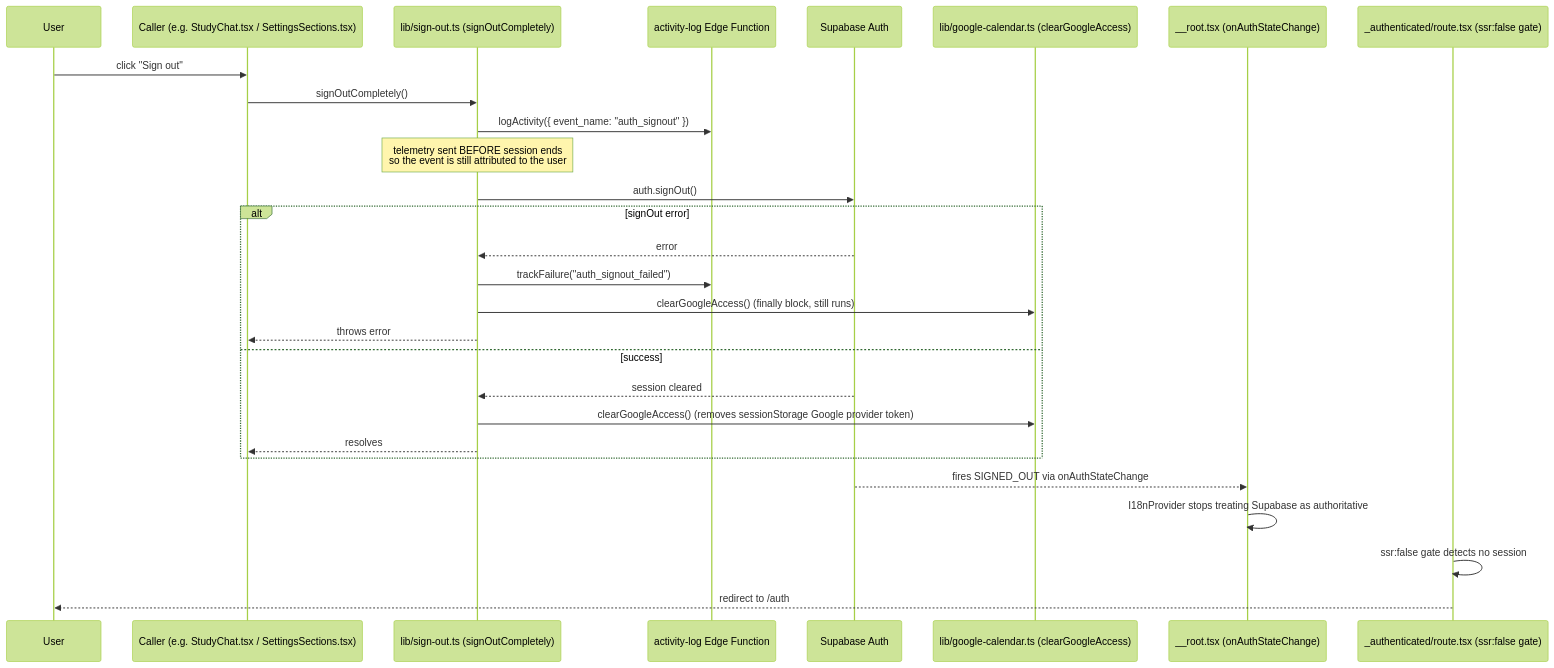
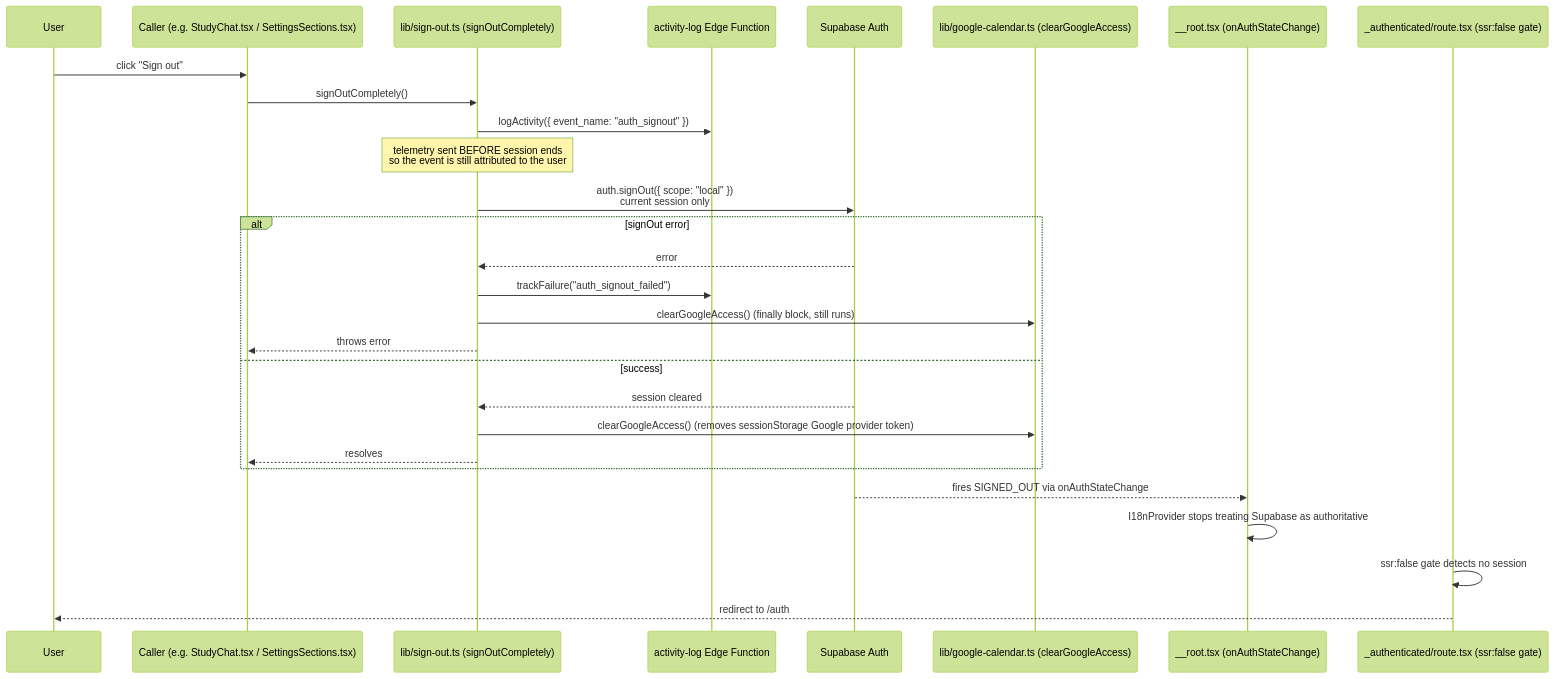
One commit to keyshavmor/study-swiss-star changed the diagram in docs/sequences/SIGN_OUT.mmd. Above: the diagram before and after it, drawn with Mermaid (forest theme). The commit also changed 47 other files, not shown here.

```diff
--- a/docs/sequences/SIGN_OUT.mmd
+++ b/docs/sequences/SIGN_OUT.mmd
@@ -1,36 +1,36 @@
 %% NOTE 2026-09-17: the canonical post-login sequence is now
 %% docs/sequences/POST_LOGIN_STARTUP.mmd — auth → per-session language decision
 %% → mandatory model decision (backend-confirmed ready OR explicit non-AI) → app.
 %% There is no separate mandatory system-admission screen.
 %% Status: CURRENT — FRONTEND
 %% Source: frontend/src/lib/sign-out.ts, frontend/src/lib/google-calendar.ts,
 %% frontend/src/routes/__root.tsx, frontend/src/routes/_authenticated/route.tsx
 sequenceDiagram
     participant User
     participant UI as Caller (e.g. StudyChat.tsx / SettingsSections.tsx)
     participant SignOut as lib/sign-out.ts (signOutCompletely)
     participant Telemetry as activity-log Edge Function
     participant Supa as Supabase Auth
     participant Google as lib/google-calendar.ts (clearGoogleAccess)
     participant Root as __root.tsx (onAuthStateChange)
     participant Gate as _authenticated/route.tsx (ssr:false gate)
 
     User->>UI: click "Sign out"
     UI->>SignOut: signOutCompletely()
     SignOut->>Telemetry: logActivity({ event_name: "auth_signout" })
     Note over SignOut: telemetry sent BEFORE session ends<br/>so the event is still attributed to the user
-    SignOut->>Supa: auth.signOut()
+    SignOut->>Supa: auth.signOut({ scope: "local" })<br/>current session only
     alt signOut error
         Supa-->>SignOut: error
         SignOut->>Telemetry: trackFailure("auth_signout_failed")
         SignOut->>Google: clearGoogleAccess() (finally block, still runs)
         SignOut-->>UI: throws error
     else success
         Supa-->>SignOut: session cleared
         SignOut->>Google: clearGoogleAccess() (removes sessionStorage Google provider token)
         SignOut-->>UI: resolves
     end
     Supa-->>Root: fires SIGNED_OUT via onAuthStateChange
     Root->>Root: I18nProvider stops treating Supabase as authoritative
     Gate->>Gate: ssr:false gate detects no session
     Gate-->>User: redirect to /auth
```
